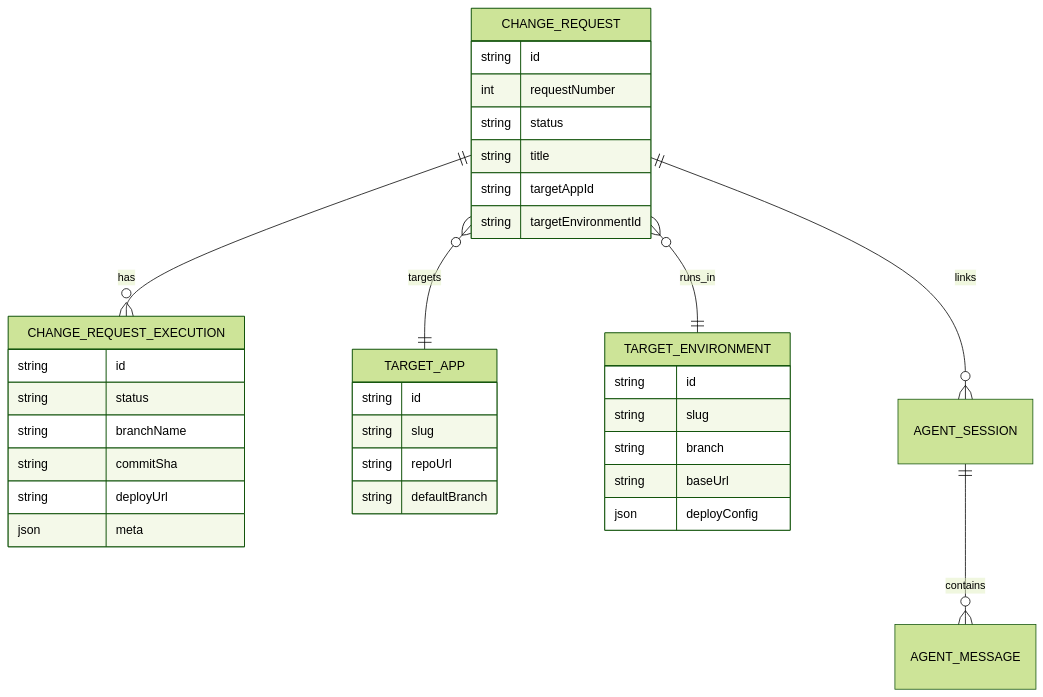
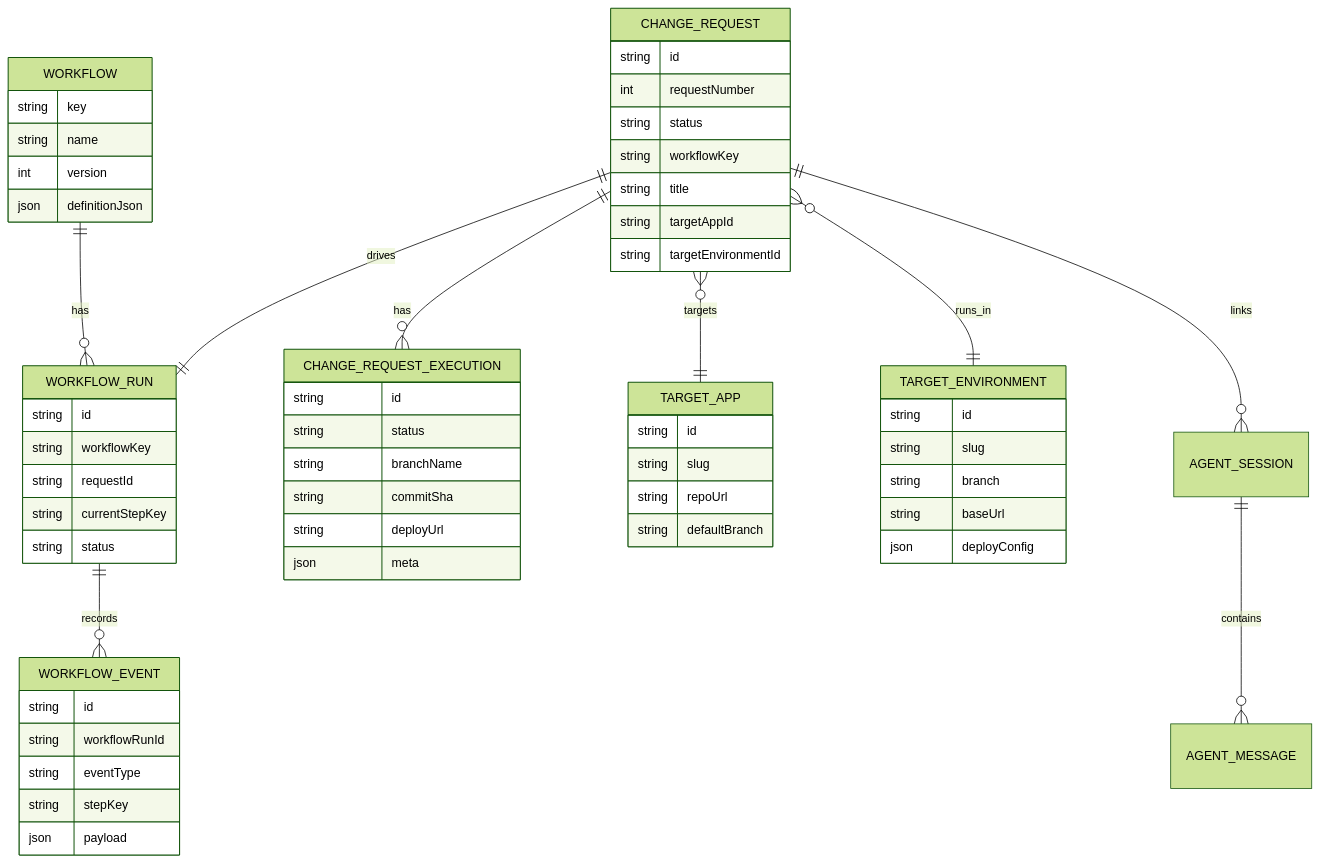
One commit to superprismio/prism-railway-template changed the seventh of 7 diagrams in docs/change-request-flow.md. Above: the diagram before and after it, drawn with Mermaid (forest theme). The commit also changed other lines of this file and 29 other files, not shown here.

Commit message:
Add workflow-backed request foundation

````diff
--- a/docs/change-request-flow.md
+++ b/docs/change-request-flow.md
@@ -144,41 +150,68 @@
 ```mermaid
 erDiagram
+    WORKFLOW ||--o{ WORKFLOW_RUN : has
+    WORKFLOW_RUN ||--o{ WORKFLOW_EVENT : records
+    CHANGE_REQUEST ||--|| WORKFLOW_RUN : drives
     CHANGE_REQUEST ||--o{ CHANGE_REQUEST_EXECUTION : has
     CHANGE_REQUEST }o--|| TARGET_APP : targets
     CHANGE_REQUEST }o--|| TARGET_ENVIRONMENT : runs_in
     CHANGE_REQUEST ||--o{ AGENT_SESSION : links
     AGENT_SESSION ||--o{ AGENT_MESSAGE : contains
 
+    WORKFLOW {
+      string key
+      string name
+      int version
+      json definitionJson
+    }
+
+    WORKFLOW_RUN {
+      string id
+      string workflowKey
+      string requestId
+      string currentStepKey
+      string status
+    }
+
+    WORKFLOW_EVENT {
+      string id
+      string workflowRunId
+      string eventType
+      string stepKey
+      json payload
+    }
+
     CHANGE_REQUEST {
       string id
       int requestNumber
       string status
+      string workflowKey
       string title
       string targetAppId
       string targetEnvironmentId
     }
 
     CHANGE_REQUEST_EXECUTION {
       string id
       string status
       string branchName
       string commitSha
       string deployUrl
       json meta
     }
 
     TARGET_APP {
       string id
       string slug
       string repoUrl
       string defaultBranch
     }
 
     TARGET_ENVIRONMENT {
       string id
       string slug
       string branch
       string baseUrl
       json deployConfig
     }
 ```
````
